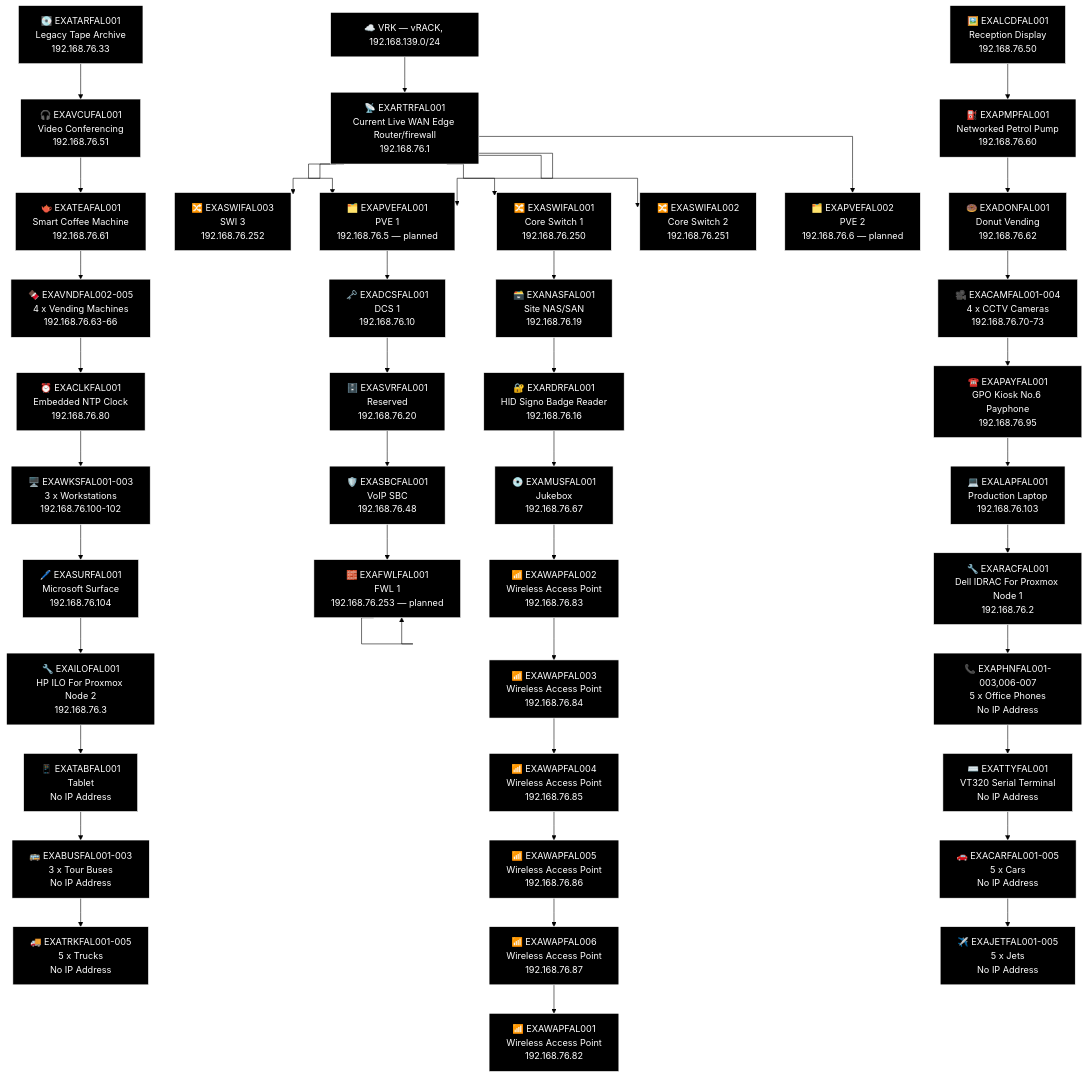
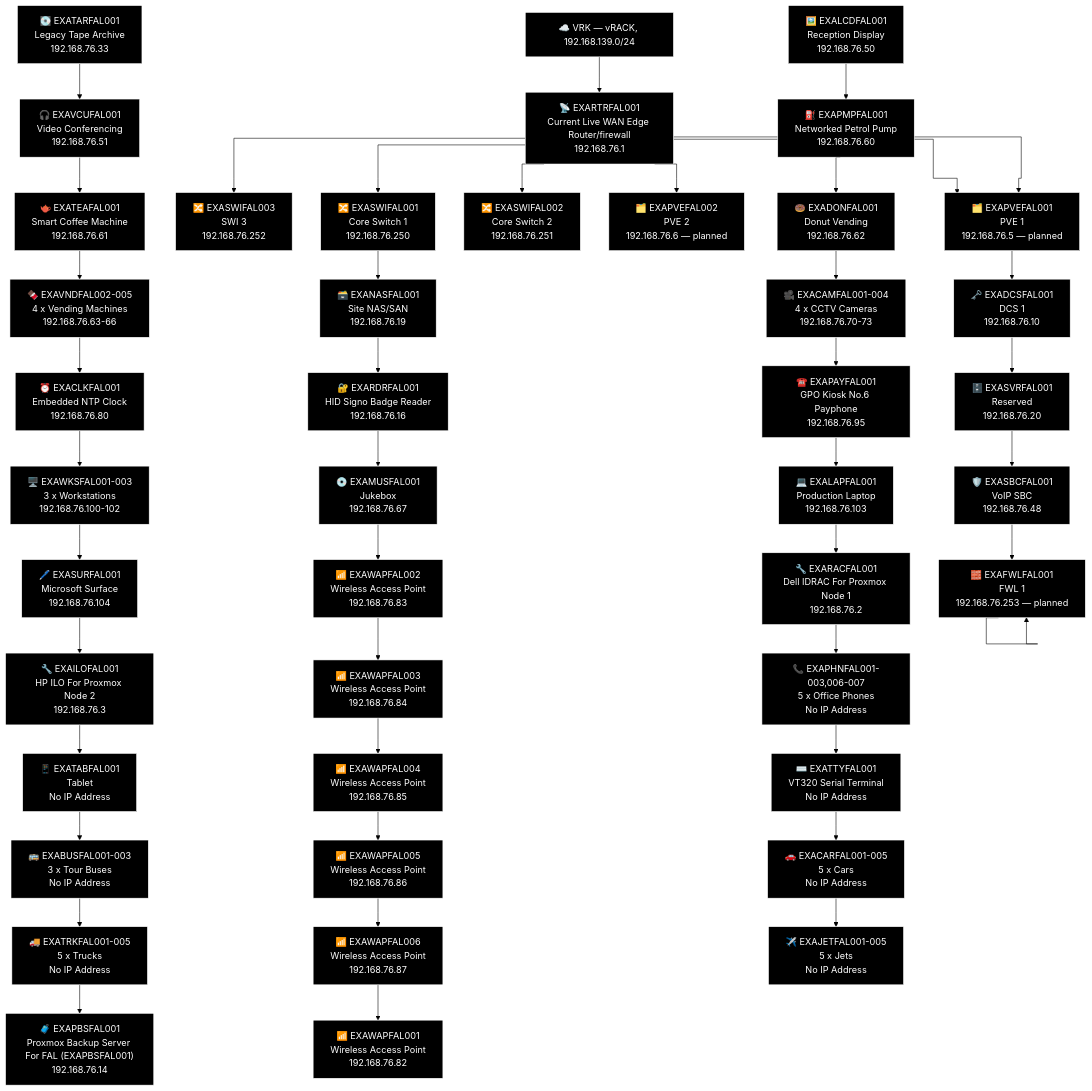
Before and after one commit to knightmare2600/example_music_infra: the third of 21 diagrams in docs/network-diagram/scotland.md, drawn with Mermaid (forest theme). The commit also changed other lines of this file and 14 other files, not shown here.

First line of the commit message:
docs/network-diagram: regenerate, every site was missing its PBS node

````diff
--- a/docs/network-diagram/scotland.md
+++ b/docs/network-diagram/scotland.md
@@ -282,7 +282,8 @@
     T_OTH_CAR["🚗 EXACARFAL001-005<br/>5 x Cars<br/>No IP Address"]
     T_OTH_TRK["🚚 EXATRKFAL001-005<br/>5 x Trucks<br/>No IP Address"]
     T_OTH_JET["✈️ EXAJETFAL001-005<br/>5 x Jets<br/>No IP Address"]
-    T_TAR --> T_VCU --> T_TEA --> T_OTH_VND --> T_CLK --> T_OTH_WKS --> T_SUR --> T_ILO --> T_TAB --> T_OTH_BUS --> T_OTH_TRK
+    T_PBS["🧳 EXAPBSFAL001<br/>Proxmox Backup Server For FAL (EXAPBSFAL001)<br/>192.168.76.14"]
+    T_TAR --> T_VCU --> T_TEA --> T_OTH_VND --> T_CLK --> T_OTH_WKS --> T_SUR --> T_ILO --> T_TAB --> T_OTH_BUS --> T_OTH_TRK --> T_PBS
     T_LCD --> T_PMP --> T_DON --> T_OTH_CAM --> T_PAY --> T_LAP --> T_RAC --> T_OTH_PHN --> T_TTY --> T_OTH_CAR --> T_OTH_JET
     style T_VRK fill:#000000,stroke:#FFFFFF,color:#FFFFFF
     style T_RTR fill:#000000,stroke:#FFFFFF,color:#FFFFFF
@@ -328,5 +329,6 @@
     style T_OTH_CAR fill:#000000,stroke:#FFFFFF,color:#FFFFFF
     style T_OTH_TRK fill:#000000,stroke:#FFFFFF,color:#FFFFFF
     style T_OTH_JET fill:#000000,stroke:#FFFFFF,color:#FFFFFF
+    style T_PBS fill:#000000,stroke:#FFFFFF,color:#FFFFFF
 %% GENERATED:TOPOLOGY:FAL:END
 ```
````
